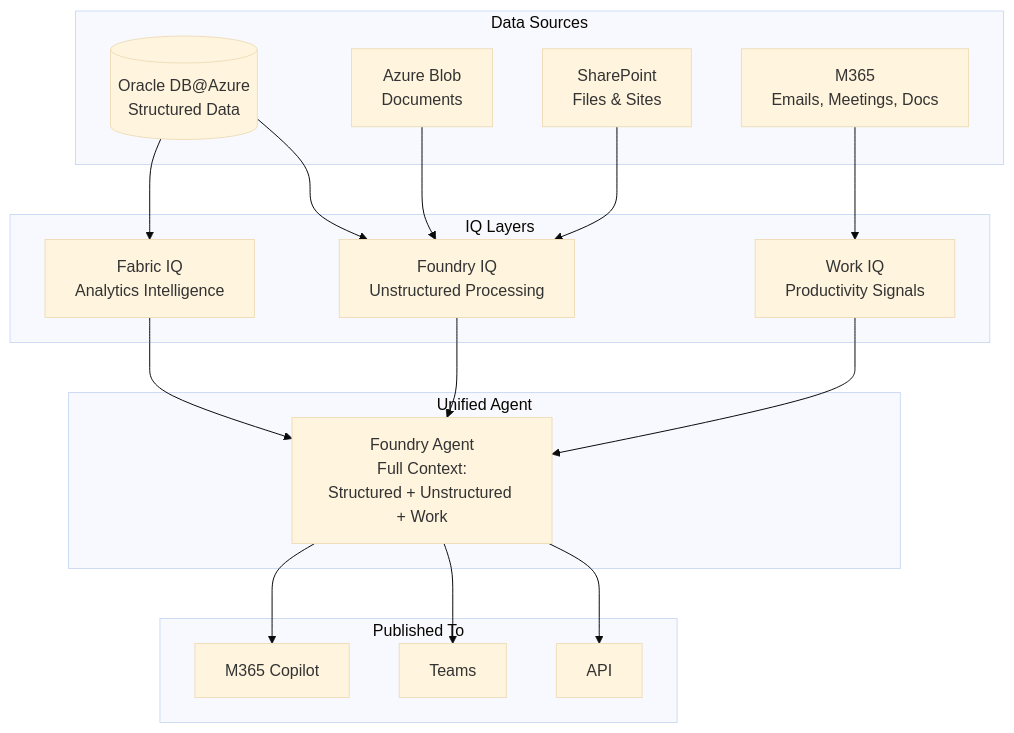
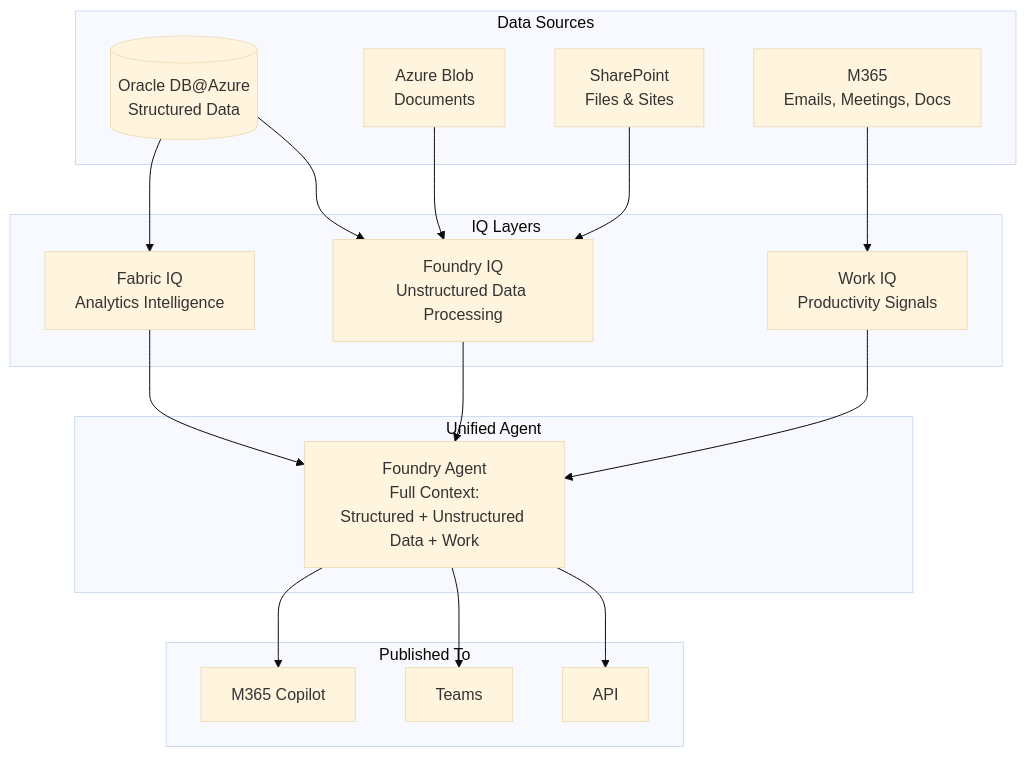
Diagram 11 of 11 in docs/02-reference-architectures.md (ryellajo12/ODAA-AI-Playbook), drawn with Mermaid (base theme) before and after one commit.

Commit message:
Update terminology for Foundry IQ and Agent

````diff
--- a/docs/02-reference-architectures.md
+++ b/docs/02-reference-architectures.md
@@ -734,37 +734,37 @@
 ```mermaid
 graph TB
  subgraph DataSources["Data Sources"]
  ORA[("Oracle DB@Azure<br/>Structured Data")]
  BLOB["Azure Blob<br/>Documents"]
  SP["SharePoint<br/>Files & Sites"]
  M365D["M365<br/>Emails, Meetings, Docs"]
  end
 
  subgraph IQLayers["IQ Layers"]
  FIQ["Fabric IQ<br/>Analytics Intelligence"]
- FOIQ["Foundry IQ<br/>Unstructured Processing"]
+ FOIQ["Foundry IQ<br/>Unstructured Data Processing"]
  WIQ["Work IQ<br/>Productivity Signals"]
  end
 
  subgraph Agent["Unified Agent"]
- UA["Foundry Agent<br/>Full Context:<br/>Structured + Unstructured + Work"]
+ UA["Foundry Agent<br/>Full Context:<br/>Structured + Unstructured Data + Work"]
  end
 
  subgraph Publish["Published To"]
  COP["M365 Copilot"]
  TEAMS["Teams"]
  API["API"]
  end
 
  ORA --> FIQ
  ORA --> FOIQ
  BLOB --> FOIQ
  SP --> FOIQ
  M365D --> WIQ
  FIQ --> UA
  FOIQ --> UA
  WIQ --> UA
  UA --> COP
  UA --> TEAMS
  UA --> API
 ```
````
